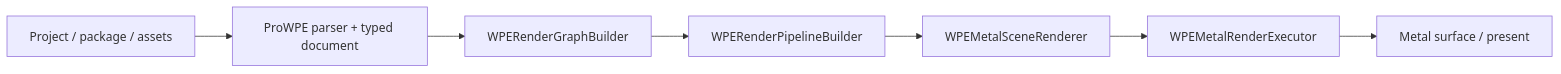
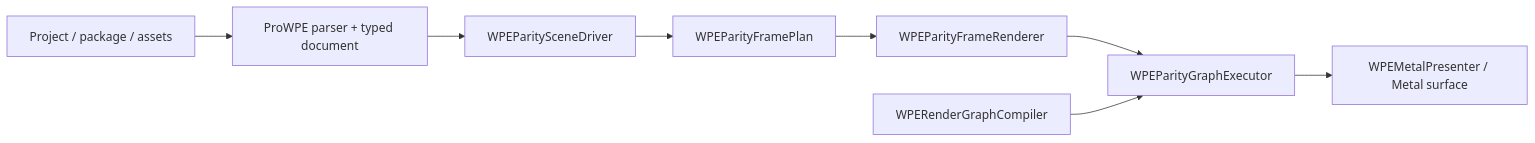
One commit to Paradox07127/macos-wallpaperengine changed the second of 2 diagrams in docs/en/architecture.md. Above: the diagram before and after it, drawn with Mermaid. The commit also changed other lines of this file and 18 other files, not shown here.

````diff
--- a/docs/en/architecture.md
+++ b/docs/en/architecture.md
@@ -102,9 +102,10 @@
 ```mermaid
 flowchart LR
     Input[Project / package / assets] --> Parser[ProWPE parser + typed document]
-    Parser --> Graph[WPERenderGraphBuilder]
-    Graph --> Prepared[WPERenderPipelineBuilder]
-    Prepared --> Renderer[WPEMetalSceneRenderer]
-    Renderer --> Executor[WPEMetalRenderExecutor]
-    Executor --> Present[Metal surface / present]
+    Parser --> Driver[WPEParitySceneDriver]
+    Driver --> Plan[WPEParityFramePlan]
+    Plan --> Renderer[WPEParityFrameRenderer]
+    Renderer --> Executor[WPEParityGraphExecutor]
+    Compiler[WPERenderGraphCompiler] --> Executor
+    Executor --> Present[WPEMetalPresenter / Metal surface]
 ```
````
